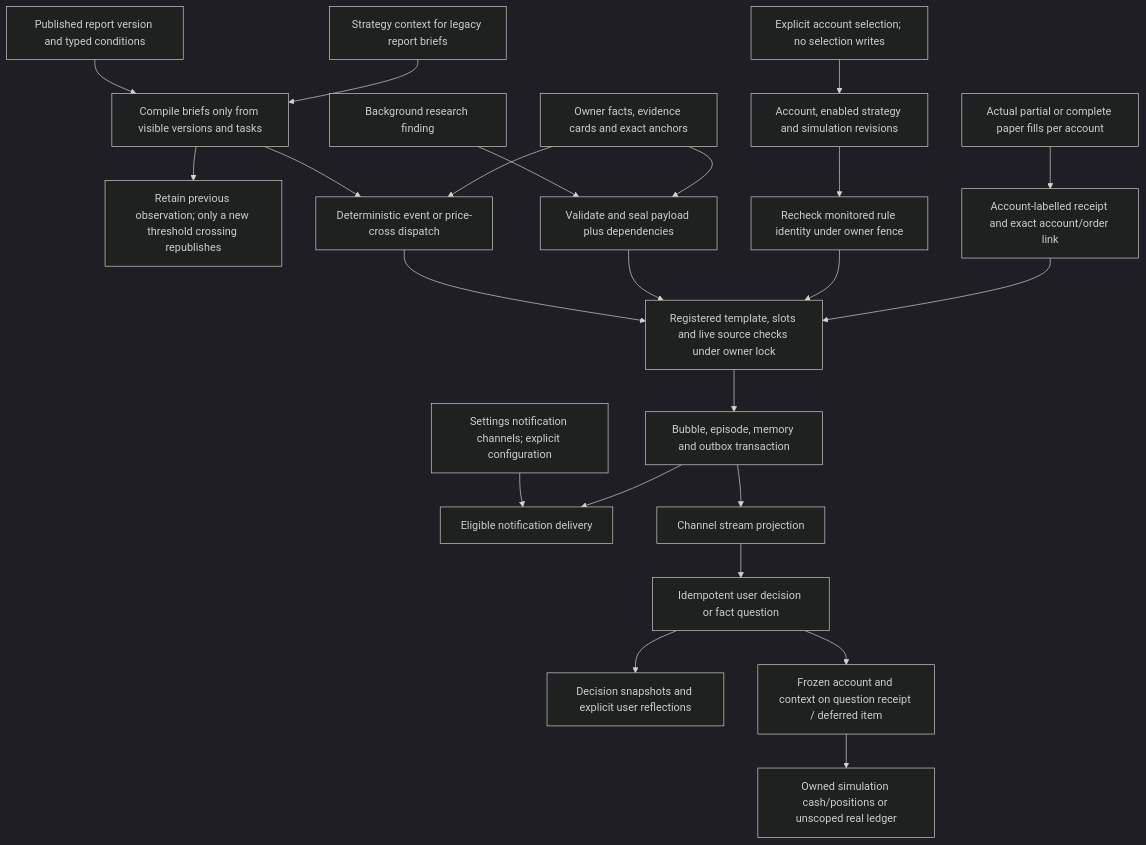
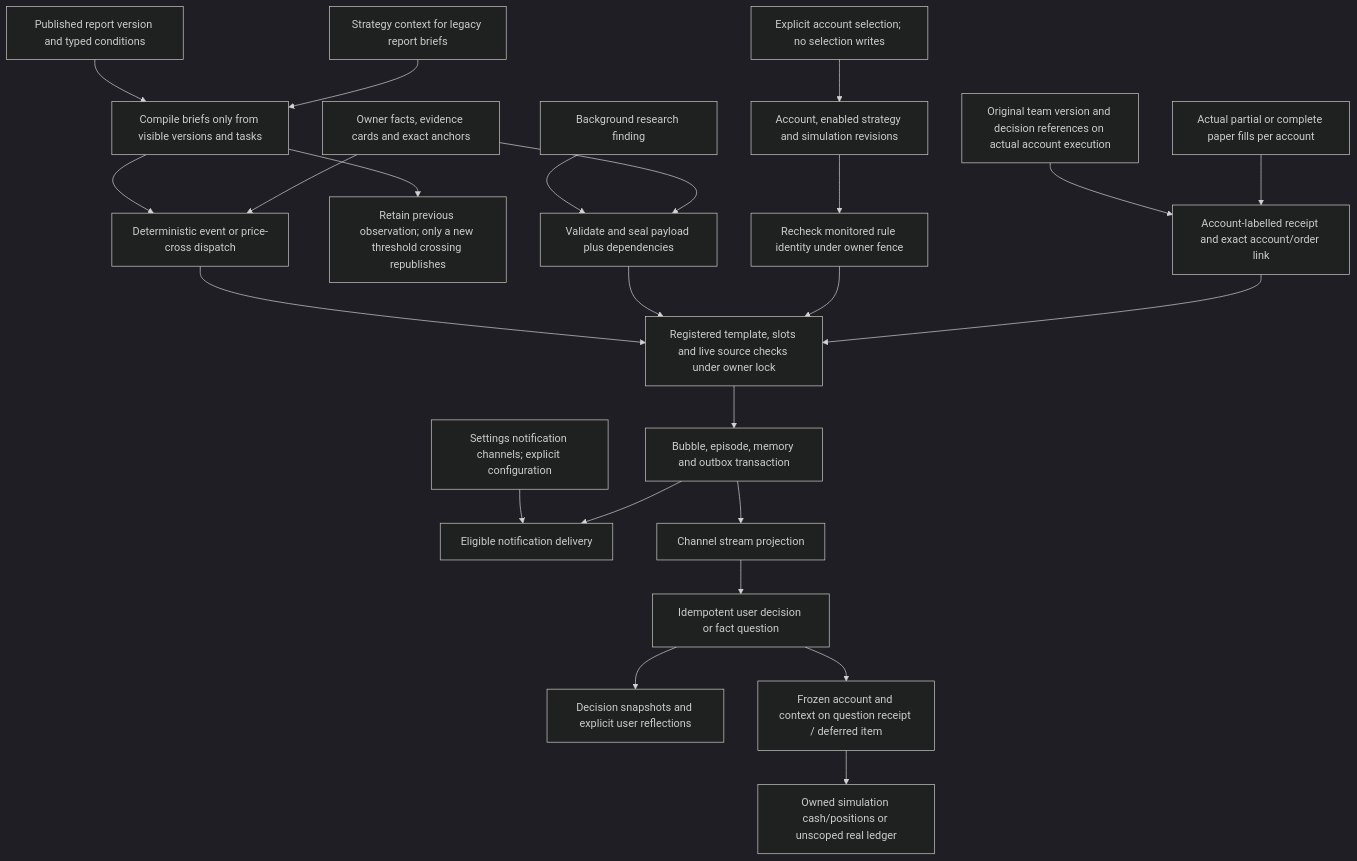
One commit to Lueyu/squabble changed the fourth of 5 diagrams in docs/architecture.md. Above: the diagram before and after it, drawn with Mermaid (dark theme). The commit also changed other lines of this file and 191 other files, not shown here.

````diff
--- a/docs/architecture.md
+++ b/docs/architecture.md
@@ -325,25 +339,26 @@
 ```mermaid
 flowchart TD
+    teamAttribution["Original team version and decision references on actual account execution"] --> receipt
     report["Published report version and typed conditions"] --> brief["Compile briefs only from visible versions and tasks"]
     strategyChange["Strategy context for legacy report briefs"] --> brief
     select["Explicit account selection; no selection writes"] --> runtime
     brief --> crossings["Retain previous observation; only a new threshold crossing republishes"]
     brief --> event["Deterministic event or price-cross dispatch"]
     change["Background research finding"] --> seal["Validate and seal payload plus dependencies"]
     facts["Owner facts, evidence cards and exact anchors"] --> event
     facts --> seal
     event --> gate["Registered template, slots and live source checks under owner lock"]
     seal --> gate
     runtime["Account, enabled strategy and simulation revisions"] --> authority["Recheck monitored rule identity under owner fence"]
     authority --> gate
     fills["Actual partial or complete paper fills per account"] --> receipt["Account-labelled receipt and exact account/order link"]
     notificationSettings["Settings notification channels; explicit configuration"] --> notification
     receipt --> gate
     gate --> transaction["Bubble, episode, memory and outbox transaction"]
     transaction --> stream["Channel stream projection"]
     transaction --> notification["Eligible notification delivery"]
     stream --> action["Idempotent user decision or fact question"]
     action --> history["Decision snapshots and explicit user reflections"]
     action --> question["Frozen account and context on question receipt / deferred item"]
     question --> ledgerRead["Owned simulation cash/positions or unscoped real ledger"]
 ```
````
